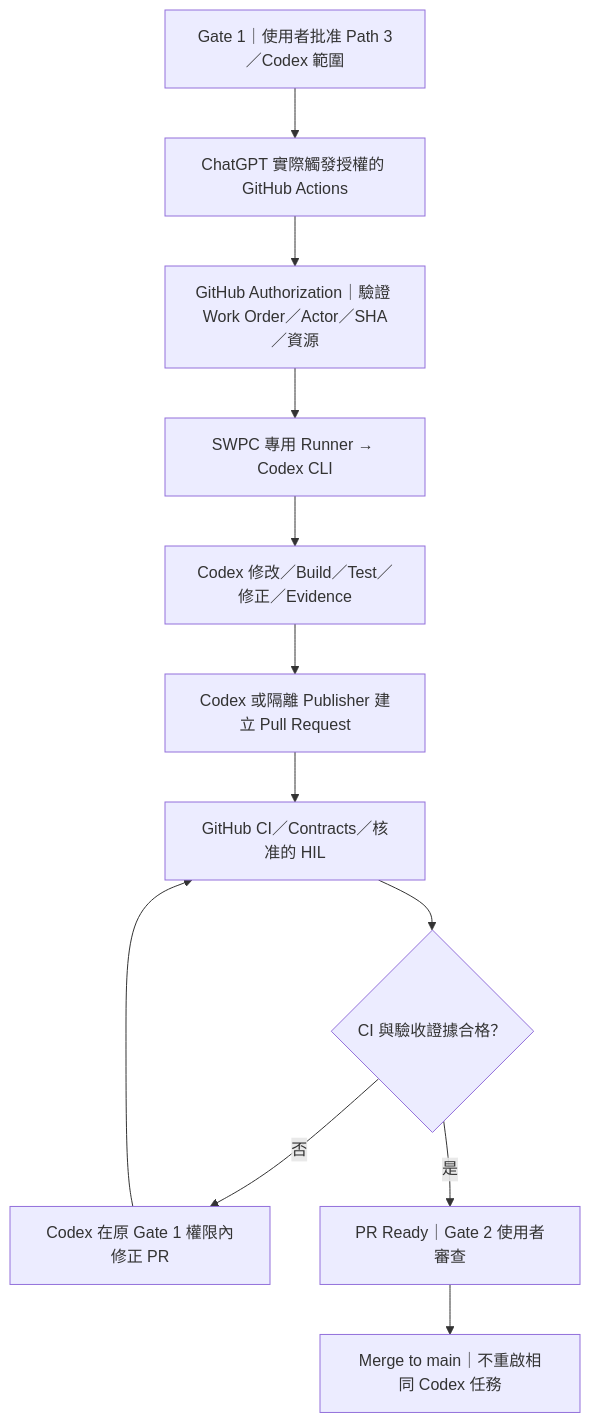
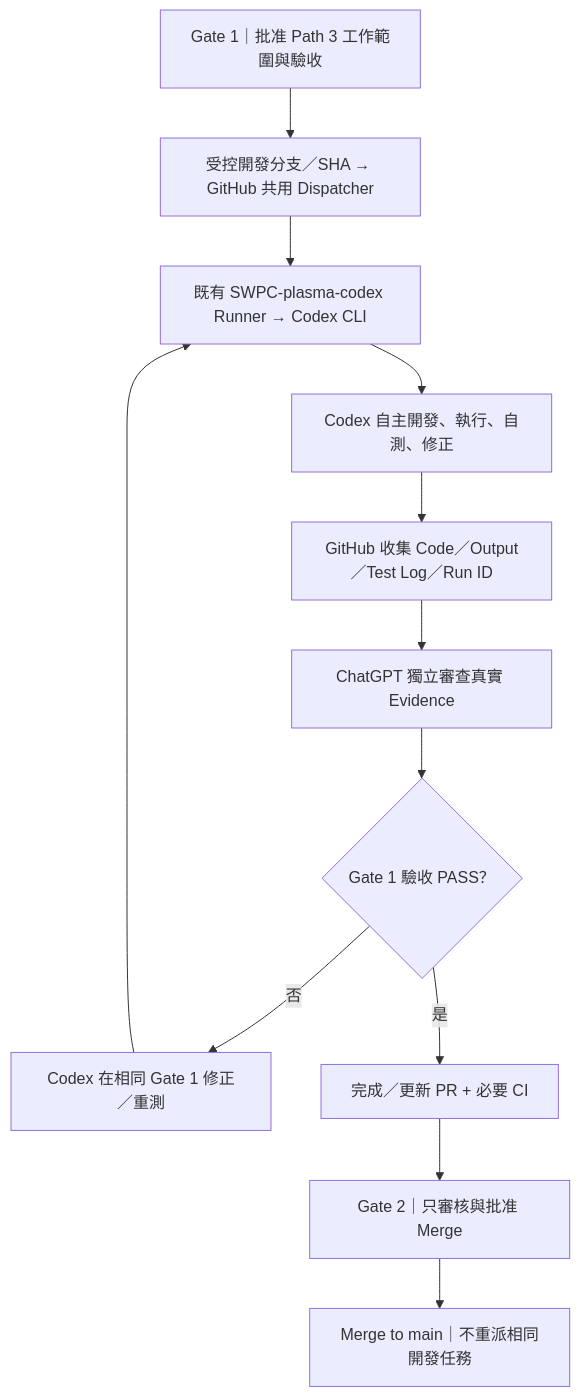
Before and after one commit to physicslu/plasma: the third of 3 diagrams in docs/development/plasma-three-path-execution-model.md, drawn with Mermaid. The commit also changed other lines of this file, not shown here.

Commit message:
docs(model): put real Path 2/3 test and ChatGPT evidence review before Gate 2 merge

````diff
--- a/docs/development/plasma-three-path-execution-model.md
+++ b/docs/development/plasma-three-path-execution-model.md
@@ -66,17 +72,17 @@
 ```mermaid
 flowchart TD
-  A["Gate 1｜使用者批准 Path 3／Codex 範圍"]
-  B["ChatGPT 實際觸發授權的 GitHub Actions"]
-  C["GitHub Authorization｜驗證 Work Order／Actor／SHA／資源"]
-  D["SWPC 專用 Runner → Codex CLI"]
-  E["Codex 修改／Build／Test／修正／Evidence"]
-  F["Codex 或隔離 Publisher 建立 Pull Request"]
-  G["GitHub CI／Contracts／核准的 HIL"]
-  H{"CI 與驗收證據合格？"}
-  I["Codex 在原 Gate 1 權限內修正 PR"]
-  J["PR Ready｜Gate 2 使用者審查"]
-  K["Merge to main｜不重啟相同 Codex 任務"]
-  A --> B --> C --> D --> E --> F --> G --> H
-  H -- "否" --> I --> G
-  H -- "是" --> J --> K
+  A["Gate 1｜批准 Path 3 工作範圍與驗收"]
+  B["受控開發分支／SHA → GitHub 共用 Dispatcher"]
+  C["既有 SWPC-plasma-codex Runner → Codex CLI"]
+  D["Codex 自主開發、執行、自測、修正"]
+  E["GitHub 收集 Code／Output／Test Log／Run ID"]
+  F["ChatGPT 獨立審查真實 Evidence"]
+  G{"Gate 1 驗收 PASS？"}
+  H["Codex 在相同 Gate 1 修正／重測"]
+  I["完成／更新 PR + 必要 CI"]
+  J["Gate 2｜只審核與批准 Merge"]
+  K["Merge to main｜不重派相同開發任務"]
+  A --> B --> C --> D --> E --> F --> G
+  G -- "否" --> H --> C
+  G -- "是" --> I --> J --> K
 ```
````
